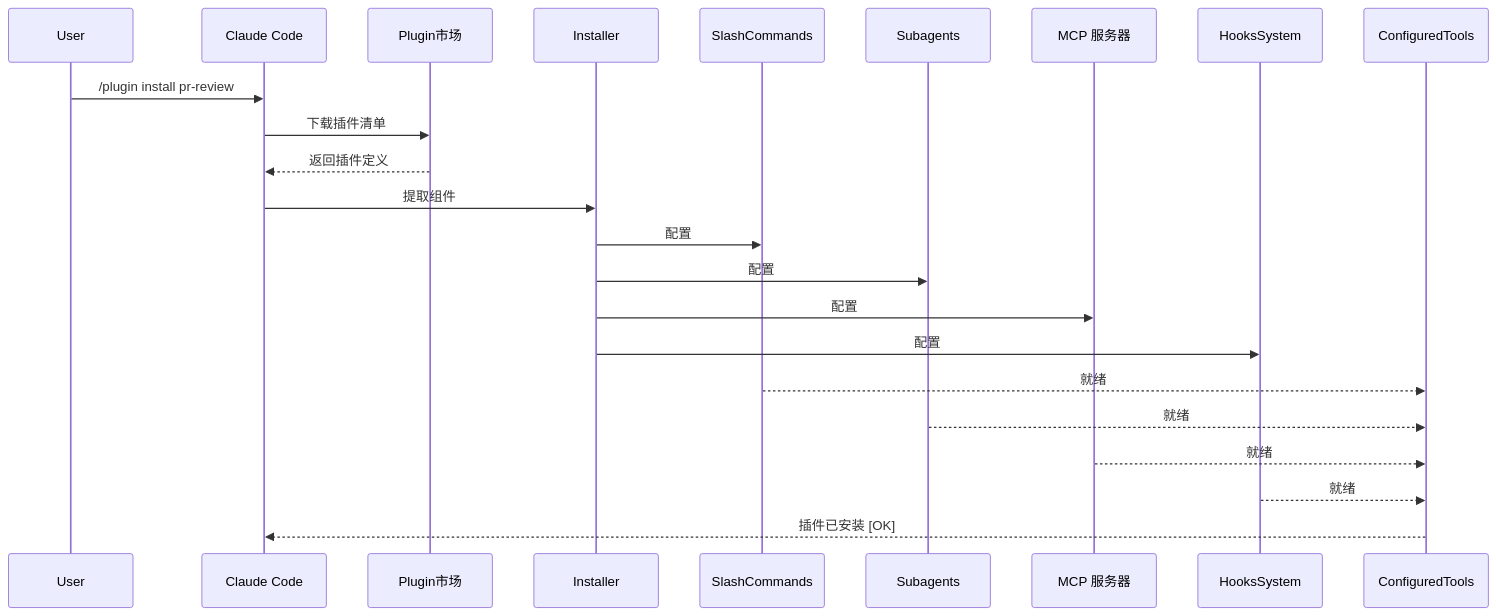
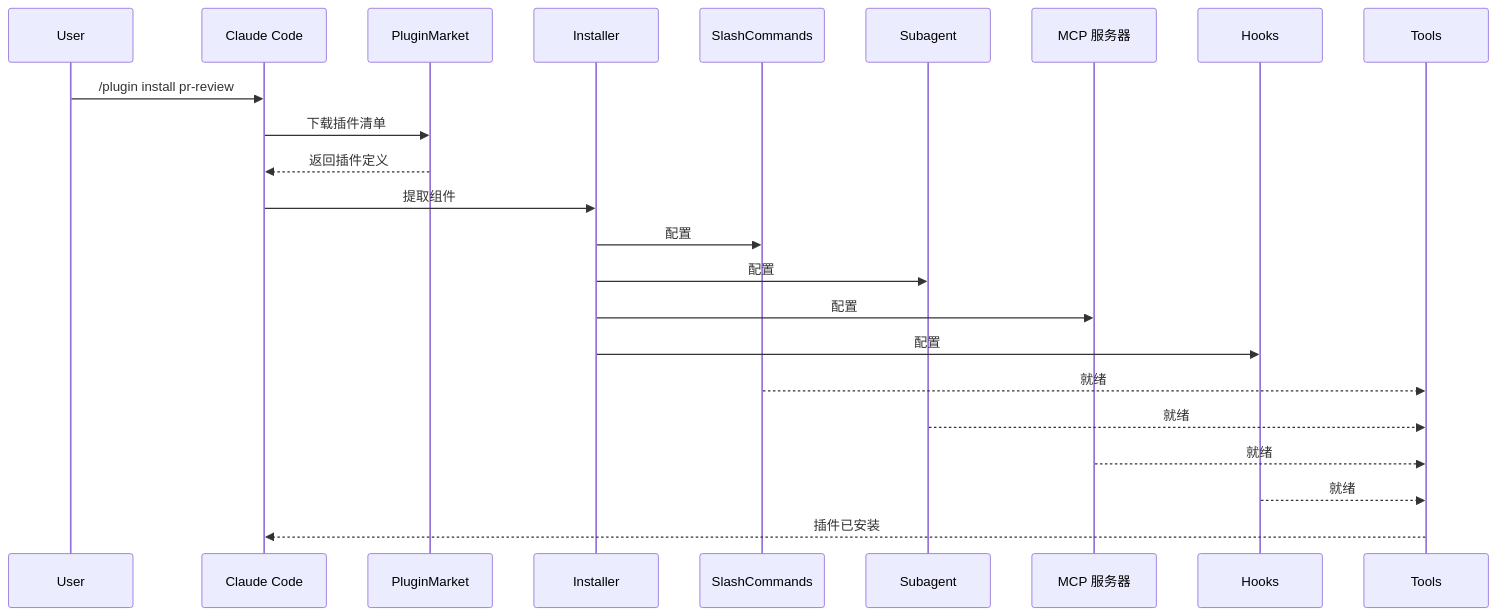
Diagram 23 of 31 in claude_concepts_guide.md (Rx782-Fss/claude-howto-zh), drawn with Mermaid before and after one commit. The commit also changed other lines of this file and 104 other files, not shown here.

````diff
--- a/claude_concepts_guide.md
+++ b/claude_concepts_guide.md
@@ -2184,26 +2167,26 @@
 ```mermaid
 sequenceDiagram
     participant User
     participant Claude as Claude Code
-    participant Plugin as Plugin市场
+    participant Plugin as PluginMarket
     participant Install as Installer
     participant SlashCmds as SlashCommands
-    participant Subagents as Subagents
+    participant Subagents as Subagent
     participant MCPServers as MCP 服务器
-    participant Hooks as HooksSystem
-    participant Tools as ConfiguredTools
+    participant Hooks as Hooks
+    participant Tools as Tools
 
     User->>Claude: /plugin install pr-review
     Claude->>Plugin: 下载插件清单
     Plugin-->>Claude: 返回插件定义
     Claude->>Install: 提取组件
     Install->>SlashCmds: 配置
     Install->>Subagents: 配置
     Install->>MCPServers: 配置
     Install->>Hooks: 配置
     SlashCmds-->>Tools: 就绪
     Subagents-->>Tools: 就绪
     MCPServers-->>Tools: 就绪
     Hooks-->>Tools: 就绪
-    Tools-->>Claude: 插件已安装 [OK]
+    Tools-->>Claude: 插件已安装 
 ```
````
